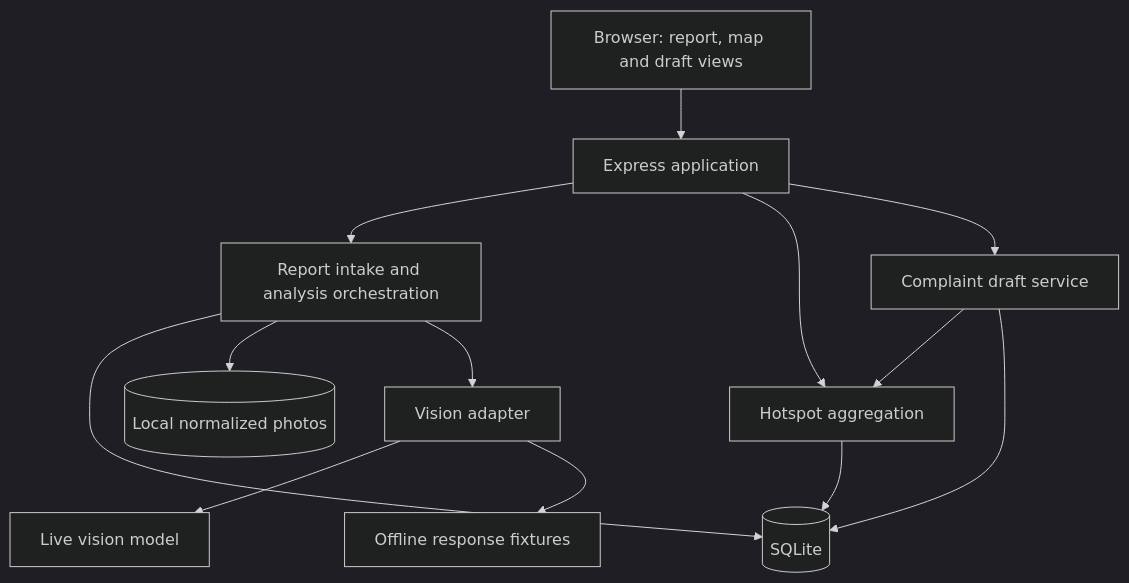
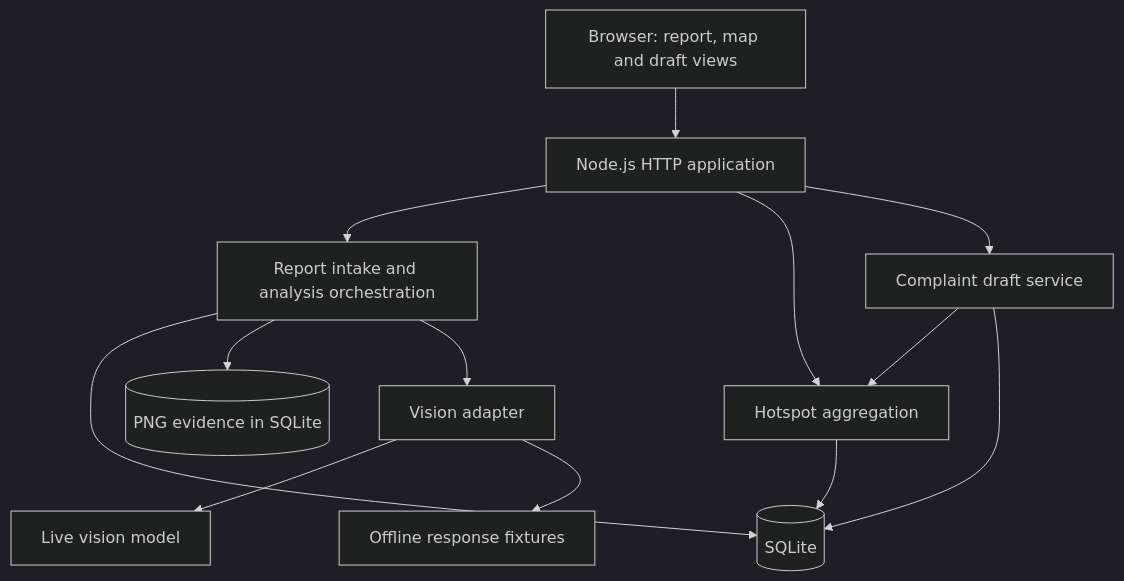
Before and after one commit to BagaaBhai28/JalNetra: the first of 3 diagrams in docs/ARCHITECTURE.md, drawn with Mermaid (dark theme). The commit also changed other lines of this file and 11 other files, not shown here.

````diff
--- a/docs/ARCHITECTURE.md
+++ b/docs/ARCHITECTURE.md
@@ -7,15 +7,15 @@
 ```mermaid
 flowchart TD
-    UI["Browser: report, map and draft views"] --> API["Express application"]
+    UI["Browser: report, map and draft views"] --> API["Node.js HTTP application"]
     API --> REPORT["Report intake and analysis orchestration"]
     API --> HOTSPOT["Hotspot aggregation"]
     API --> DRAFT["Complaint draft service"]
     REPORT --> STORE[("SQLite")]
     HOTSPOT --> STORE
     DRAFT --> HOTSPOT
     DRAFT --> STORE
-    REPORT --> PHOTOS[("Local normalized photos")]
+    REPORT --> PHOTOS[("PNG evidence in SQLite")]
     REPORT --> ADAPTER["Vision adapter"]
     ADAPTER --> LIVE["Live vision model"]
     ADAPTER --> REPLAY["Offline response fixtures"]
 ```
````
